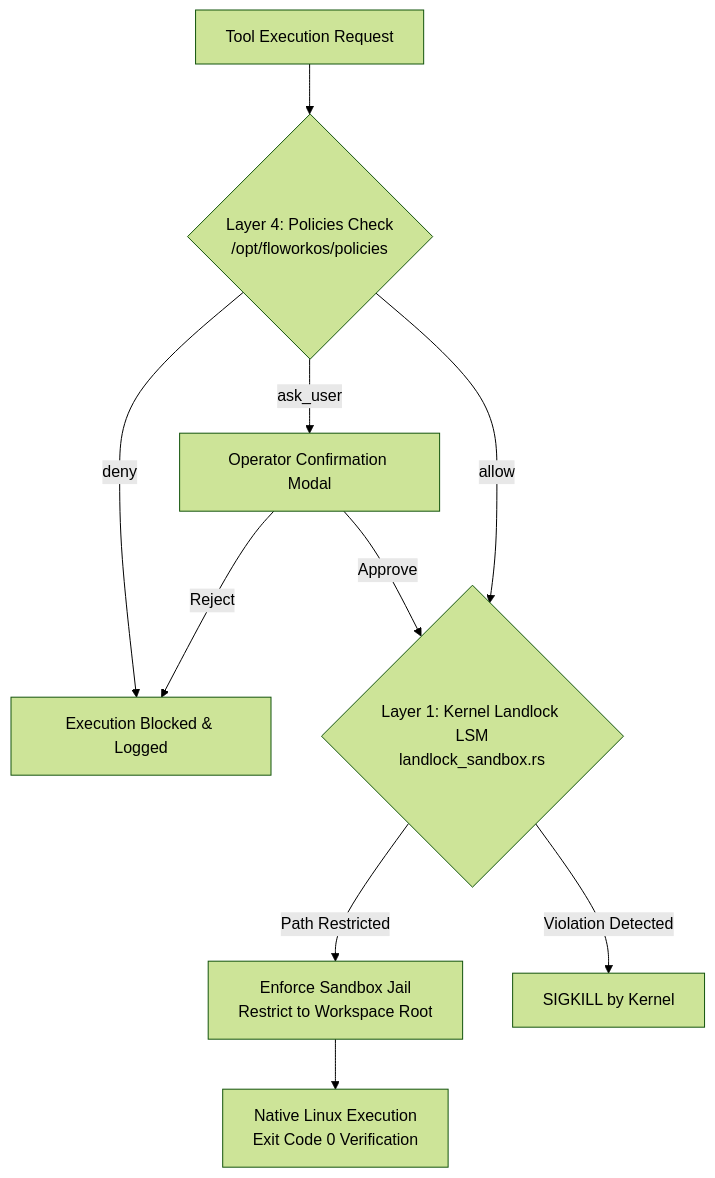
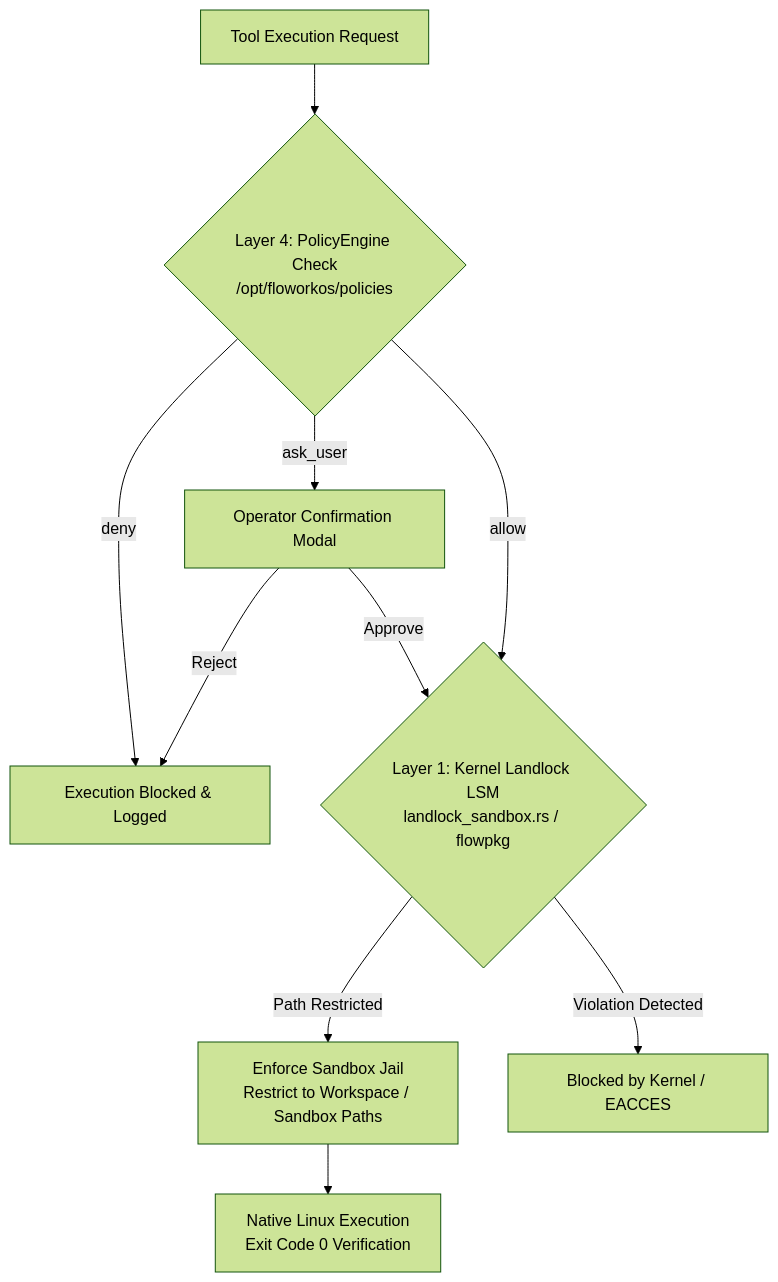
One commit to flowork-os/flowork-os changed the second of 2 diagrams in core/ARCHITECT.md. Above: the diagram before and after it, drawn with Mermaid (forest theme). The commit also changed other lines of this file and 20 other files, not shown here.

````diff
--- a/core/ARCHITECT.md
+++ b/core/ARCHITECT.md
@@ -185,13 +193,13 @@
 ```mermaid
 flowchart TD
-    REQ[Tool Execution Request] --> POL{Layer 4: Policies Check\n/opt/floworkos/policies}
+    REQ[Tool Execution Request] --> POL{Layer 4: PolicyEngine Check\n/opt/floworkos/policies}
     POL -->|deny| DENIED[Execution Blocked & Logged]
     POL -->|ask_user| PROMPT[Operator Confirmation Modal]
     PROMPT -->|Approve| SEC_KERNEL
     PROMPT -->|Reject| DENIED
-    POL -->|allow| SEC_KERNEL{Layer 1: Kernel Landlock LSM\nlandlock_sandbox.rs}
+    POL -->|allow| SEC_KERNEL{Layer 1: Kernel Landlock LSM\nlandlock_sandbox.rs / flowpkg}
     
-    SEC_KERNEL -->|Path Restricted| JAIL[Enforce Sandbox Jail\nRestrict to Workspace Root]
-    SEC_KERNEL -->|Violation Detected| SEGV[SIGKILL by Kernel]
+    SEC_KERNEL -->|Path Restricted| JAIL[Enforce Sandbox Jail\nRestrict to Workspace / Sandbox Paths]
+    SEC_KERNEL -->|Violation Detected| SEGV[Blocked by Kernel / EACCES]
     JAIL --> EXEC[Native Linux Execution\nExit Code 0 Verification]
 ```
````
